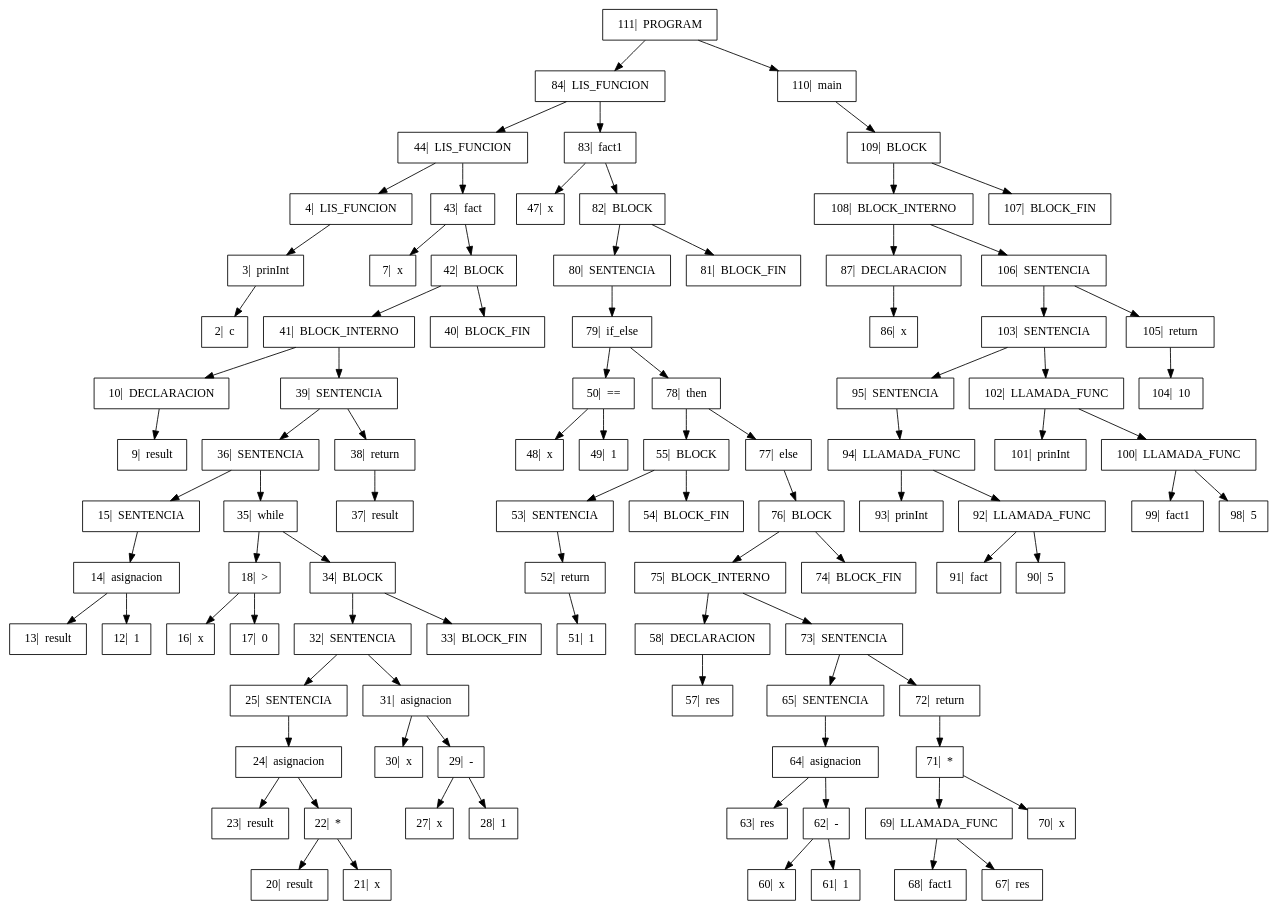
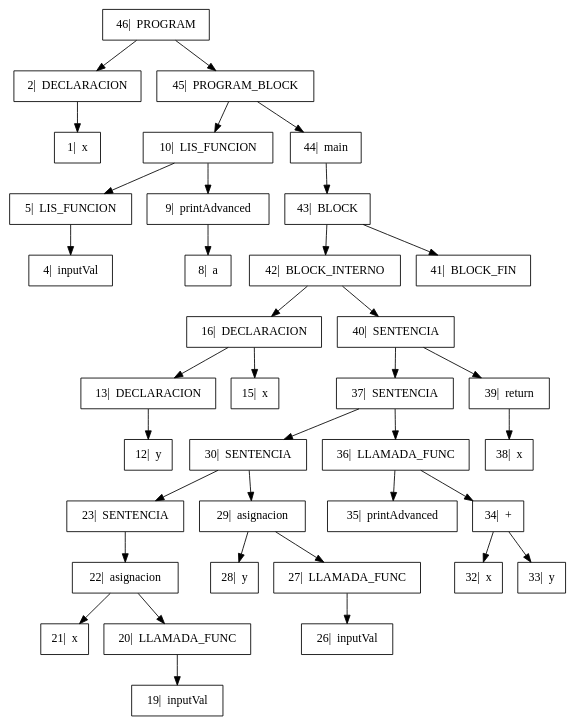
The diagram in Proyecto/output/Arbol.dot (GiovA07/PRE-PROYECTO-COMPILADORES), drawn with Graphviz before and after one commit. The commit also changed 10 other files, not shown here.

```diff
--- a/Proyecto/output/Arbol.dot
+++ b/Proyecto/output/Arbol.dot
@@ -1,61 +1,28 @@
 digraph{
 
 rankdir=TB;
 
 node[shape=box];
-"111|  PROGRAM" -> "84|  LIS_FUNCION", "110|  main";
-"84|  LIS_FUNCION" -> "44|  LIS_FUNCION", "83|  fact1";
-"44|  LIS_FUNCION" -> "4|  LIS_FUNCION", "43|  fact";
-"4|  LIS_FUNCION" -> "3|  prinInt" ;
-"3|  prinInt" -> "2|  c" ;
-"43|  fact" -> "7|  x", "42|  BLOCK";
-"42|  BLOCK" -> "41|  BLOCK_INTERNO", "40|  BLOCK_FIN";
-"41|  BLOCK_INTERNO" -> "10|  DECLARACION", "39|  SENTENCIA";
-"10|  DECLARACION" -> "9|  result" ;
-"39|  SENTENCIA" -> "36|  SENTENCIA", "38|  return";
-"36|  SENTENCIA" -> "15|  SENTENCIA", "35|  while";
-"15|  SENTENCIA" -> "14|  asignacion" ;
-"14|  asignacion" -> "13|  result", "12|  1";
-"35|  while" -> "18|  >", "34|  BLOCK";
-"18|  >" -> "16|  x", "17|  0";
-"34|  BLOCK" -> "32|  SENTENCIA", "33|  BLOCK_FIN";
-"32|  SENTENCIA" -> "25|  SENTENCIA", "31|  asignacion";
-"25|  SENTENCIA" -> "24|  asignacion" ;
-"24|  asignacion" -> "23|  result", "22|  *";
-"22|  *" -> "20|  result", "21|  x";
-"31|  asignacion" -> "30|  x", "29|  -";
-"29|  -" -> "27|  x", "28|  1";
-"38|  return" -> "37|  result" ;
-"83|  fact1" -> "47|  x", "82|  BLOCK";
-"82|  BLOCK" -> "80|  SENTENCIA", "81|  BLOCK_FIN";
-"80|  SENTENCIA" -> "79|  if_else" ;
-"79|  if_else" -> "50|  ==", "78|  then";
-"50|  ==" -> "48|  x", "49|  1";
-"78|  then" -> "55|  BLOCK", "77|  else";
-"55|  BLOCK" -> "53|  SENTENCIA", "54|  BLOCK_FIN";
-"53|  SENTENCIA" -> "52|  return" ;
-"52|  return" -> "51|  1" ;
-"77|  else" -> "76|  BLOCK" ;
-"76|  BLOCK" -> "75|  BLOCK_INTERNO", "74|  BLOCK_FIN";
-"75|  BLOCK_INTERNO" -> "58|  DECLARACION", "73|  SENTENCIA";
-"58|  DECLARACION" -> "57|  res" ;
-"73|  SENTENCIA" -> "65|  SENTENCIA", "72|  return";
-"65|  SENTENCIA" -> "64|  asignacion" ;
-"64|  asignacion" -> "63|  res", "62|  -";
-"62|  -" -> "60|  x", "61|  1";
-"72|  return" -> "71|  *" ;
-"71|  *" -> "69|  LLAMADA_FUNC", "70|  x";
-"69|  LLAMADA_FUNC" -> "68|  fact1", "67|  res";
-"110|  main" -> "109|  BLOCK" ;
-"109|  BLOCK" -> "108|  BLOCK_INTERNO", "107|  BLOCK_FIN";
-"108|  BLOCK_INTERNO" -> "87|  DECLARACION", "106|  SENTENCIA";
-"87|  DECLARACION" -> "86|  x" ;
-"106|  SENTENCIA" -> "103|  SENTENCIA", "105|  return";
-"103|  SENTENCIA" -> "95|  SENTENCIA", "102|  LLAMADA_FUNC";
-"95|  SENTENCIA" -> "94|  LLAMADA_FUNC" ;
-"94|  LLAMADA_FUNC" -> "93|  prinInt", "92|  LLAMADA_FUNC";
-"92|  LLAMADA_FUNC" -> "91|  fact", "90|  5";
-"102|  LLAMADA_FUNC" -> "101|  prinInt", "100|  LLAMADA_FUNC";
-"100|  LLAMADA_FUNC" -> "99|  fact1", "98|  5";
-"105|  return" -> "104|  10" ;
+"46|  PROGRAM" -> "2|  DECLARACION", "45|  PROGRAM_BLOCK";
+"2|  DECLARACION" -> "1|  x" ;
+"45|  PROGRAM_BLOCK" -> "10|  LIS_FUNCION", "44|  main";
+"10|  LIS_FUNCION" -> "5|  LIS_FUNCION", "9|  printAdvanced";
+"5|  LIS_FUNCION" -> "4|  inputVal" ;
+"9|  printAdvanced" -> "8|  a" ;
+"44|  main" -> "43|  BLOCK" ;
+"43|  BLOCK" -> "42|  BLOCK_INTERNO", "41|  BLOCK_FIN";
+"42|  BLOCK_INTERNO" -> "16|  DECLARACION", "40|  SENTENCIA";
+"16|  DECLARACION" -> "13|  DECLARACION", "15|  x";
+"13|  DECLARACION" -> "12|  y" ;
+"40|  SENTENCIA" -> "37|  SENTENCIA", "39|  return";
+"37|  SENTENCIA" -> "30|  SENTENCIA", "36|  LLAMADA_FUNC";
+"30|  SENTENCIA" -> "23|  SENTENCIA", "29|  asignacion";
+"23|  SENTENCIA" -> "22|  asignacion" ;
+"22|  asignacion" -> "21|  x", "20|  LLAMADA_FUNC";
+"20|  LLAMADA_FUNC" -> "19|  inputVal" ;
+"29|  asignacion" -> "28|  y", "27|  LLAMADA_FUNC";
+"27|  LLAMADA_FUNC" -> "26|  inputVal" ;
+"36|  LLAMADA_FUNC" -> "35|  printAdvanced", "34|  +";
+"34|  +" -> "32|  x", "33|  y";
+"39|  return" -> "38|  x" ;
 }
```
